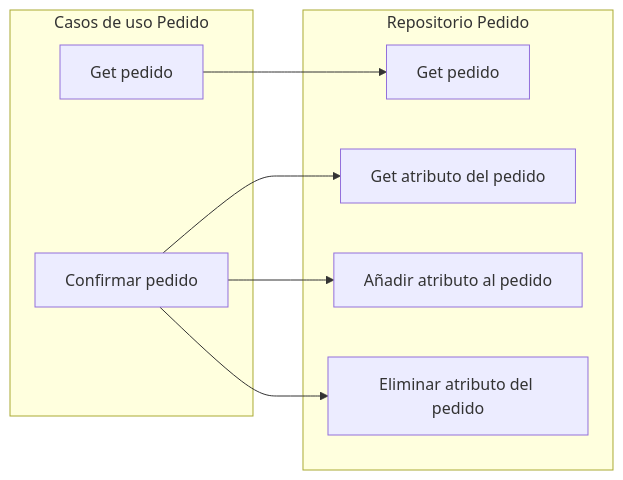
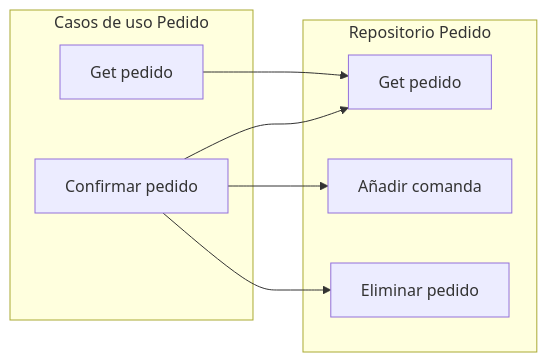
Before and after one commit to pabenito/QRest: diagram 14 of 16 in documentacion/requisitos/diagramas_de_flujo.md, drawn with Mermaid. The commit also changed other lines of this file and 1 other file, not shown here.

Commit message:
respositorio de pedido actualizado para que no sea solo un crud

````diff
--- a/documentacion/requisitos/diagramas_de_flujo.md
+++ b/documentacion/requisitos/diagramas_de_flujo.md
@@ -328,15 +329,14 @@
 ```mermaid
 flowchart LR
     subgraph casos_de_uso_pedido[Casos de uso Pedido]
         get_pedido[Get pedido]
         confirmar_pedido[Confirmar pedido]
     end
     subgraph repositorio_pedido[Repositorio Pedido]
         _get_pedido[Get pedido]
-        get_atributo_pedido[Get atributo del pedido]
-        anadir_atributo_pedido[Añadir atributo al pedido]
-        eliminar_atributo_pedido[Eliminar atributo del pedido]
+        anadir_comanda[Añadir comanda]
+        eliminar_pedido[Eliminar pedido]
     end
     get_pedido --> _get_pedido
-    confirmar_pedido --> get_atributo_pedido & eliminar_atributo_pedido & anadir_atributo_pedido
+    confirmar_pedido --> _get_pedido & eliminar_pedido & anadir_comanda
 ```
````
